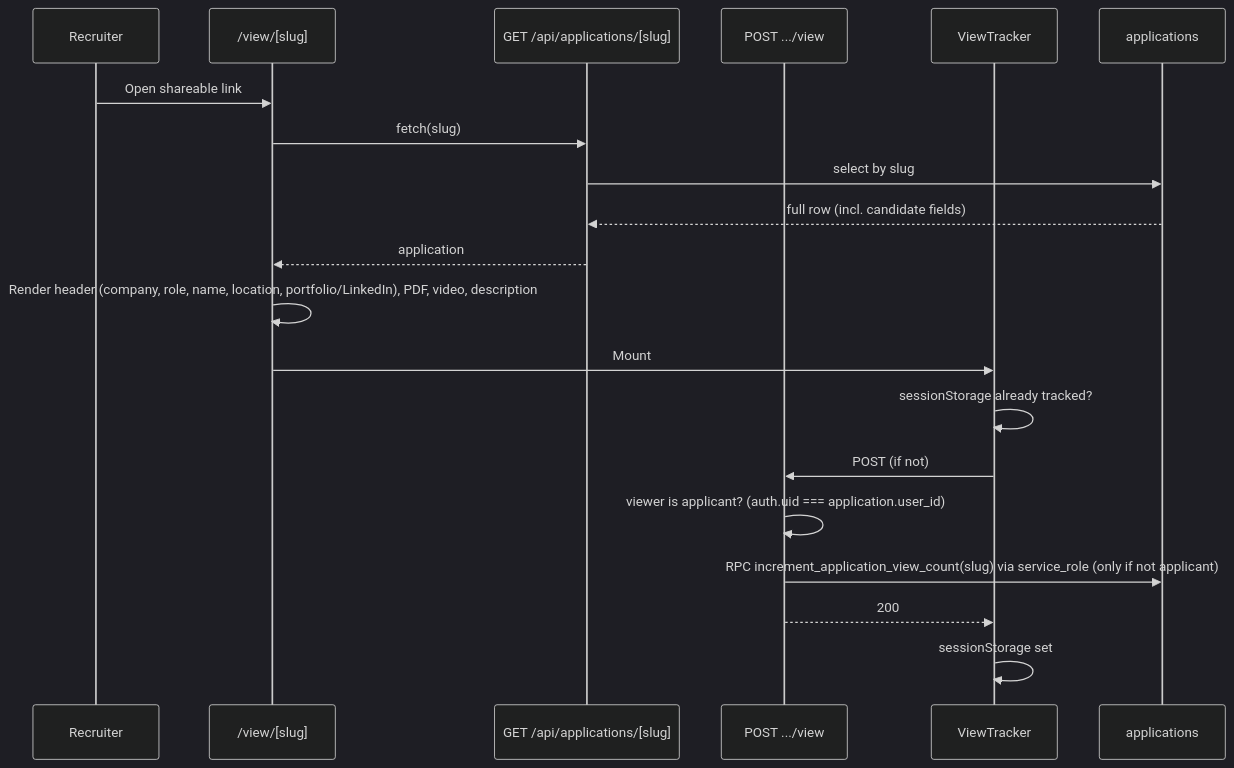
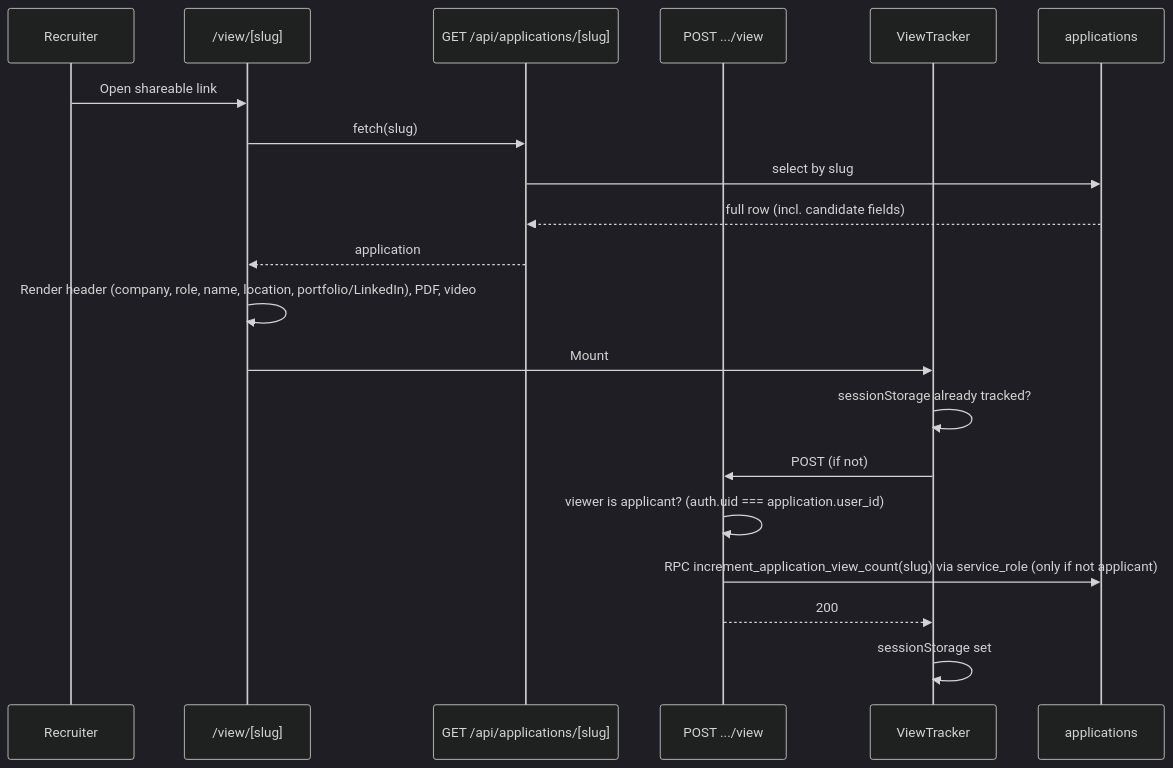
One commit to joan-gerard/my-hire-view changed the sixth of 6 diagrams in docs/DATA_FLOW.md. Above: the diagram before and after it, drawn with Mermaid (dark theme). The commit also changed other lines of this file and 11 other files, not shown here.

````diff
--- a/docs/DATA_FLOW.md
+++ b/docs/DATA_FLOW.md
@@ -188,23 +188,23 @@
 ```mermaid
 sequenceDiagram
   participant R as Recruiter
   participant Page as /view/[slug]
   participant SlugAPI as GET /api/applications/[slug]
   participant ViewAPI as POST .../view
   participant VT as ViewTracker
   participant Applications as applications
 
   R->>Page: Open shareable link
   Page->>SlugAPI: fetch(slug)
   SlugAPI->>Applications: select by slug
   Applications-->>SlugAPI: full row (incl. candidate fields)
   SlugAPI-->>Page: application
-  Page->>Page: Render header (company, role, name, location, portfolio/LinkedIn), PDF, video, description
+  Page->>Page: Render header (company, role, name, location, portfolio/LinkedIn), PDF, video
   Page->>VT: Mount
   VT->>VT: sessionStorage already tracked?
   VT->>ViewAPI: POST (if not)
   ViewAPI->>ViewAPI: viewer is applicant? (auth.uid === application.user_id)
   ViewAPI->>Applications: RPC increment_application_view_count(slug) via service_role (only if not applicant)
   ViewAPI-->>VT: 200
   VT->>VT: sessionStorage set
 ```
````
